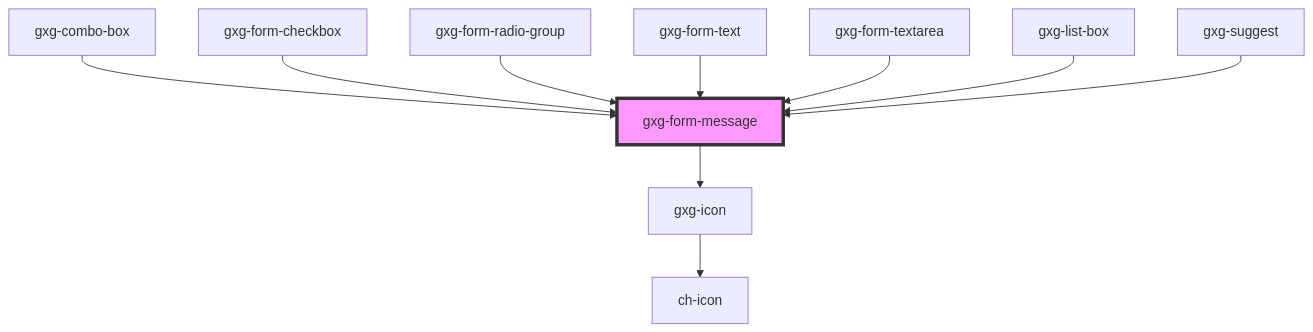
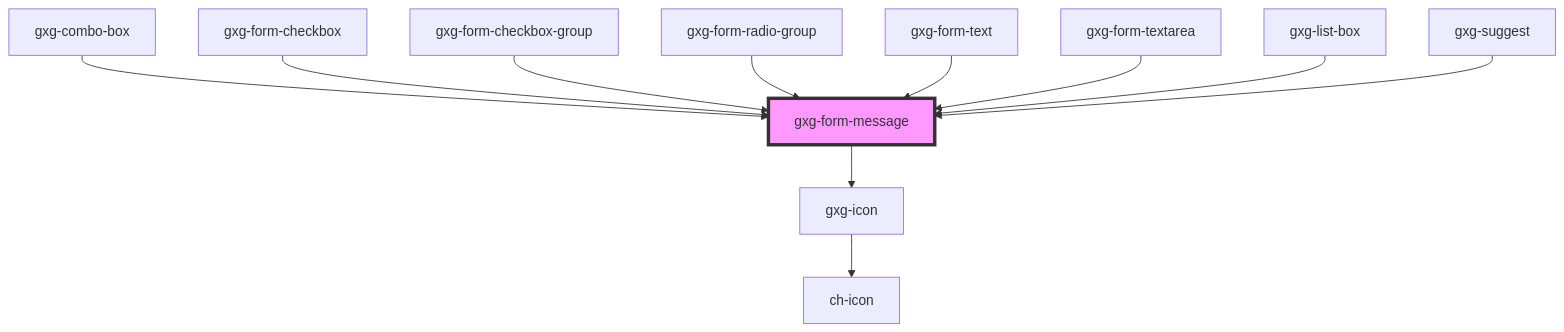
One commit to genexuslabs/gemini changed the diagram in src/components/form-message/readme.md. Above: the diagram before and after it, drawn with Mermaid. The commit also changed other lines of this file and 8 other files, not shown here.

````diff
--- a/src/components/form-message/readme.md
+++ b/src/components/form-message/readme.md
@@ -34,13 +35,14 @@
 ```mermaid
 graph TD;
   gxg-form-message --> gxg-icon
   gxg-icon --> ch-icon
   gxg-combo-box --> gxg-form-message
   gxg-form-checkbox --> gxg-form-message
+  gxg-form-checkbox-group --> gxg-form-message
   gxg-form-radio-group --> gxg-form-message
   gxg-form-text --> gxg-form-message
   gxg-form-textarea --> gxg-form-message
   gxg-list-box --> gxg-form-message
   gxg-suggest --> gxg-form-message
   style gxg-form-message fill:#f9f,stroke:#333,stroke-width:4px
 ```
````
